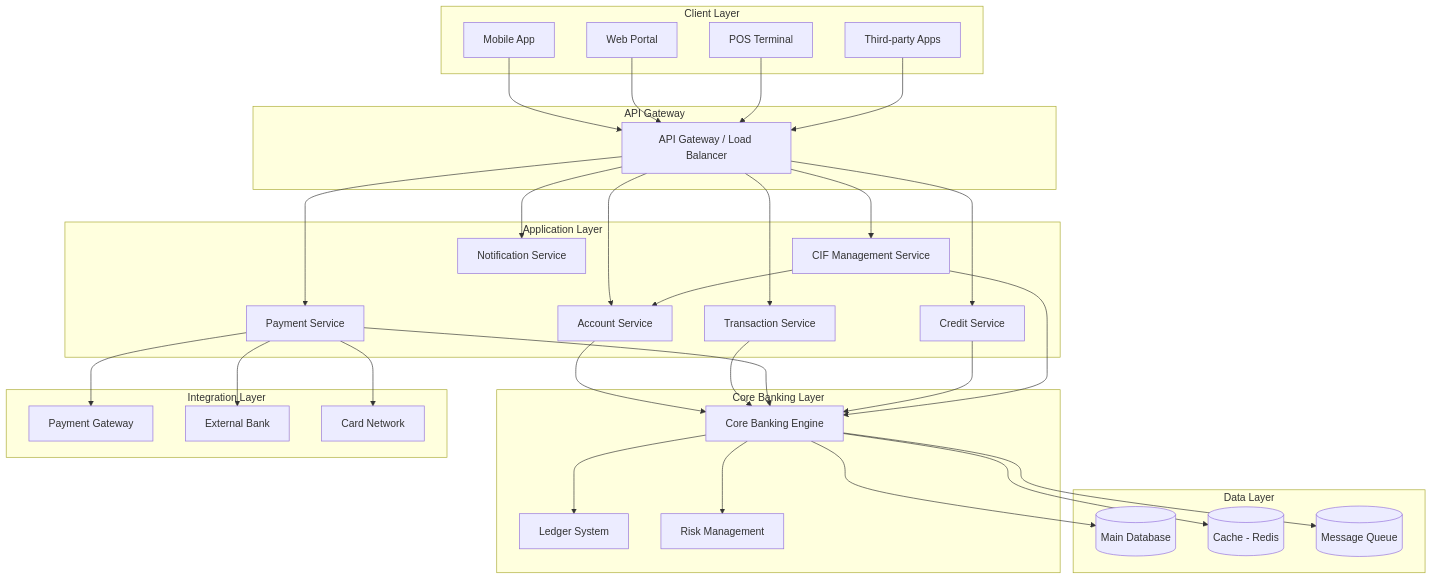
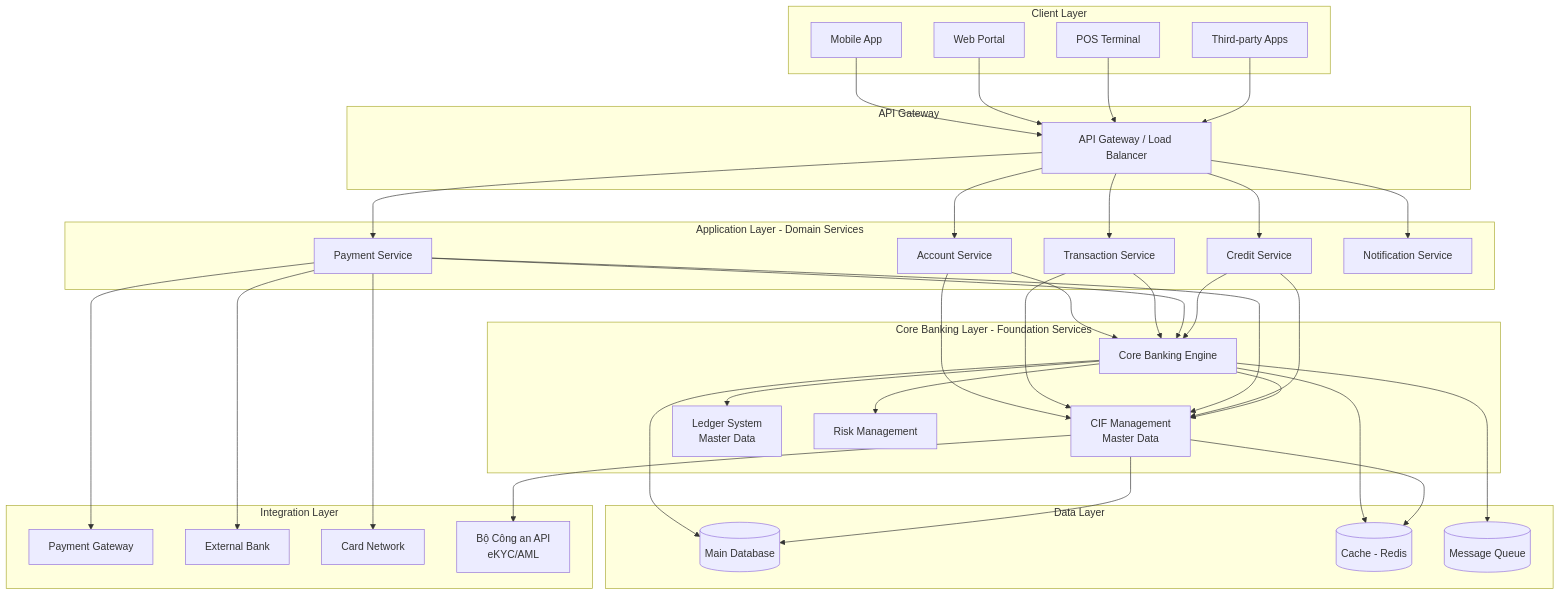
Before and after one commit to PhuMBT/eWallet_CBS: the first of 5 diagrams in docs/cbs-sdk-finance/02-architecture.md, drawn with Mermaid. The commit also changed other lines of this file, not shown here.

First line of the commit message:
refactor(architecture): Move CIF Management to Core Banking Layer

````diff
--- a/docs/cbs-sdk-finance/02-architecture.md
+++ b/docs/cbs-sdk-finance/02-architecture.md
@@ -14,65 +14,76 @@
 ```mermaid
 graph TB
     subgraph "Client Layer"
         A[Mobile App]
         B[Web Portal]
         C[POS Terminal]
         D[Third-party Apps]
     end
     
     subgraph "API Gateway"
         E[API Gateway / Load Balancer]
     end
     
-    subgraph "Application Layer"
+    subgraph "Application Layer - Domain Services"
         F[Account Service]
         G[Transaction Service]
         H[Payment Service]
         I[Credit Service]
-        J[CIF Management Service]
-        K1[Notification Service]
+        J1[Notification Service]
     end
     
-    subgraph "Core Banking Layer"
+    subgraph "Core Banking Layer - Foundation Services"
         K[Core Banking Engine]
-        L[Ledger System]
+        K1[CIF Management<br/>Master Data]
+        L[Ledger System<br/>Master Data]
         M[Risk Management]
     end
     
     subgraph "Data Layer"
         N[(Main Database)]
         O[(Cache - Redis)]
         P[(Message Queue)]
     end
     
     subgraph "Integration Layer"
         Q[Payment Gateway]
         R[External Bank]
         S[Card Network]
+        T[Bộ Công an API<br/>eKYC/AML]
     end
     
     A --> E
     B --> E
     C --> E
     D --> E
     E --> F
     E --> G
     E --> H
     E --> I
-    E --> J
-    E --> K1
+    E --> J1
+    
     F --> K
     G --> K
     H --> K
     I --> K
-    J --> K
+    
+    F --> K1
+    G --> K1
+    H --> K1
+    I --> K1
+    
+    K --> K1
     K --> L
     K --> M
     K --> N
     K --> O
     K --> P
+    
+    K1 --> N
+    K1 --> O
+    K1 --> T
+    
     H --> Q
     H --> R
     H --> S
-    J --> F
 ```
````
